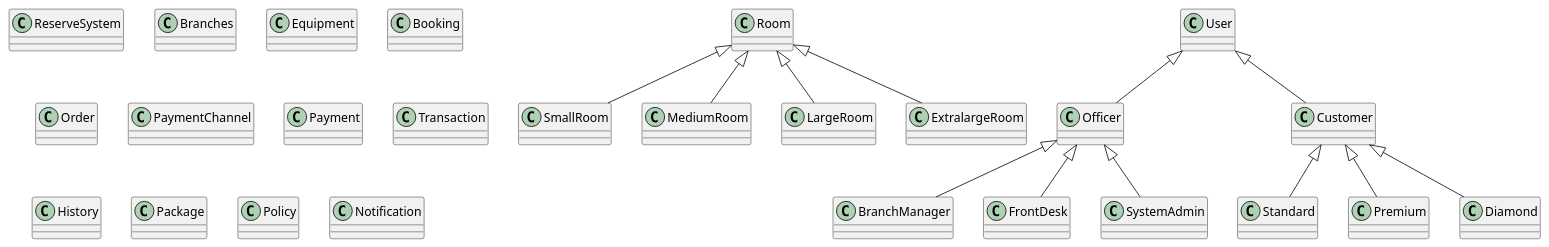
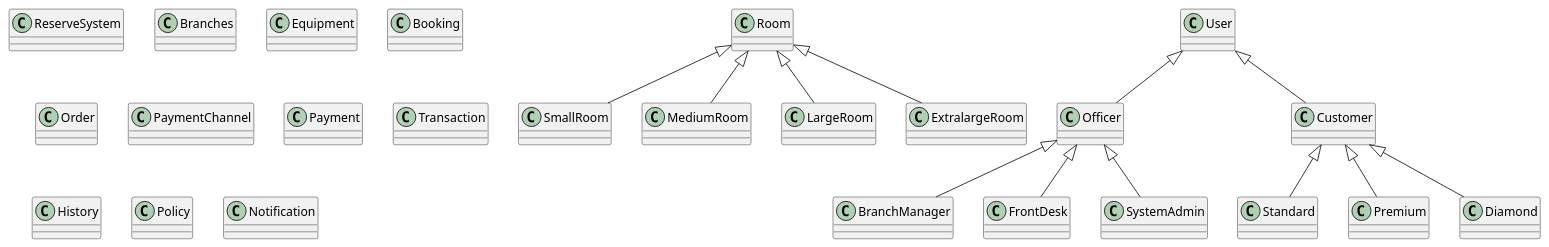
One commit to pjngth998/RhythmReserve changed the diagram in diagram/class_diagram.puml. Above: the diagram before and after it, drawn with PlantUML.

Commit message:
delete class Package

```diff
--- a/diagram/class_diagram.puml
+++ b/diagram/class_diagram.puml
@@ -1,120 +1,116 @@
 @startuml
 
 class ReserveSystem{
     
 }
 
 class Branches{
 
 }
 
 class Room {
 
 }
 
 class SmallRoom{
 
 }
 
 class MediumRoom{
 
 }
 
 class LargeRoom{
 
 }
 
 class ExtralargeRoom{
 
 }
 
 class Equipment{
 
 }
 
 
 class Booking{
 
 }
 
 class Order{
 
 }
 
 class PaymentChannel{
 
 }
 
 class Payment{
 
 }
 
 class Transaction{
 
 }
 
 class History{
-
-}
-
-class Package{
 
 }
 
 class User{
 
 }
 
 class Officer{
 
 }
 
 class BranchManager{
 
 }
 
 class FrontDesk{
 
 }
 
 class SystemAdmin{
 
 }
 
 class Customer{
 
 }
 
 class Standard{
 
 }
 
 class Premium{
 
 }
 
 class Diamond{
 
 }
 
 class Policy{
 
 }
 
 class Notification{
 
 }
 
 User <|-- Officer
 User <|-- Customer
 Customer <|-- Standard
 Customer <|-- Premium
 Customer <|-- Diamond
 Officer <|-- BranchManager
 Officer <|-- FrontDesk
 Officer <|-- SystemAdmin
 Room <|-- SmallRoom
 Room <|-- MediumRoom
 Room <|-- LargeRoom
 Room <|-- ExtralargeRoom
 @enduml
```
